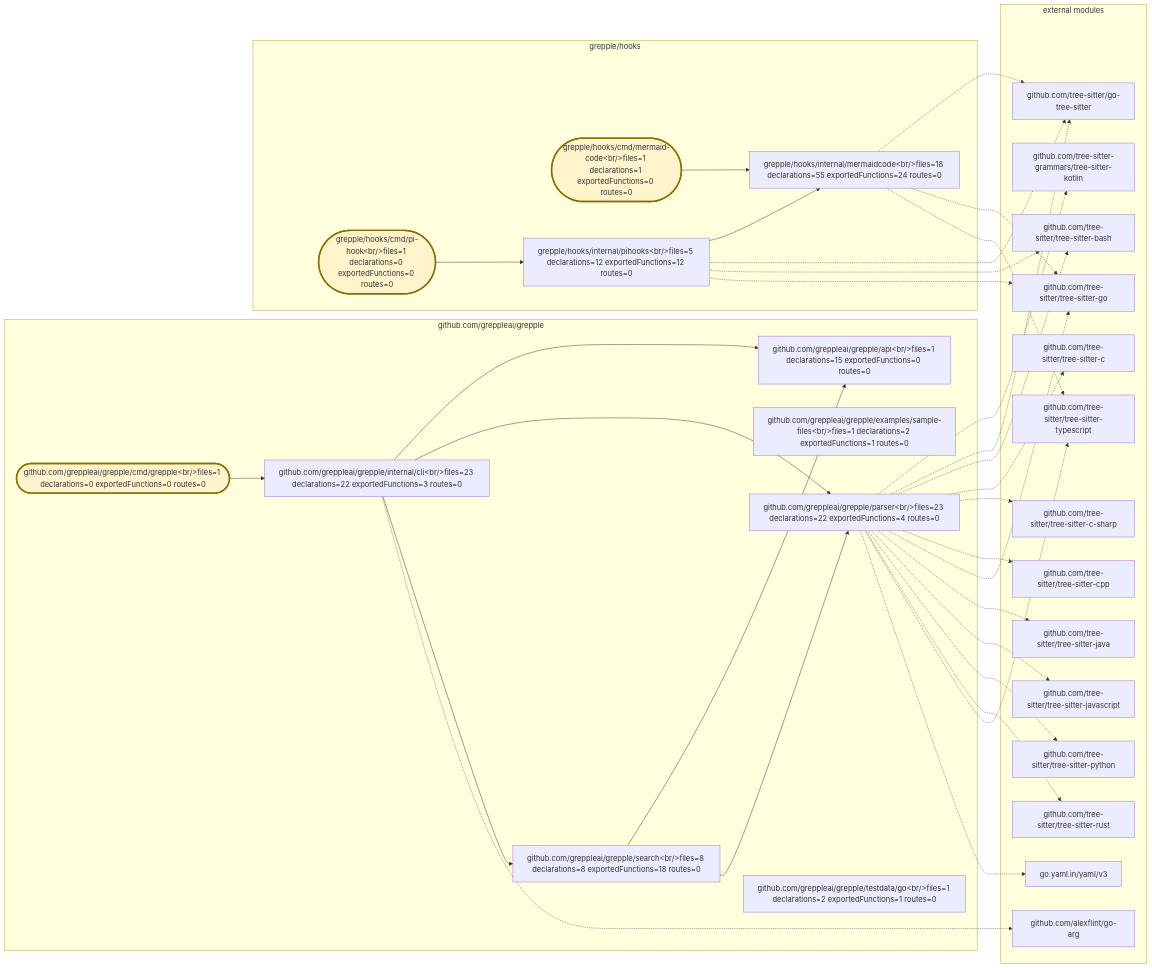
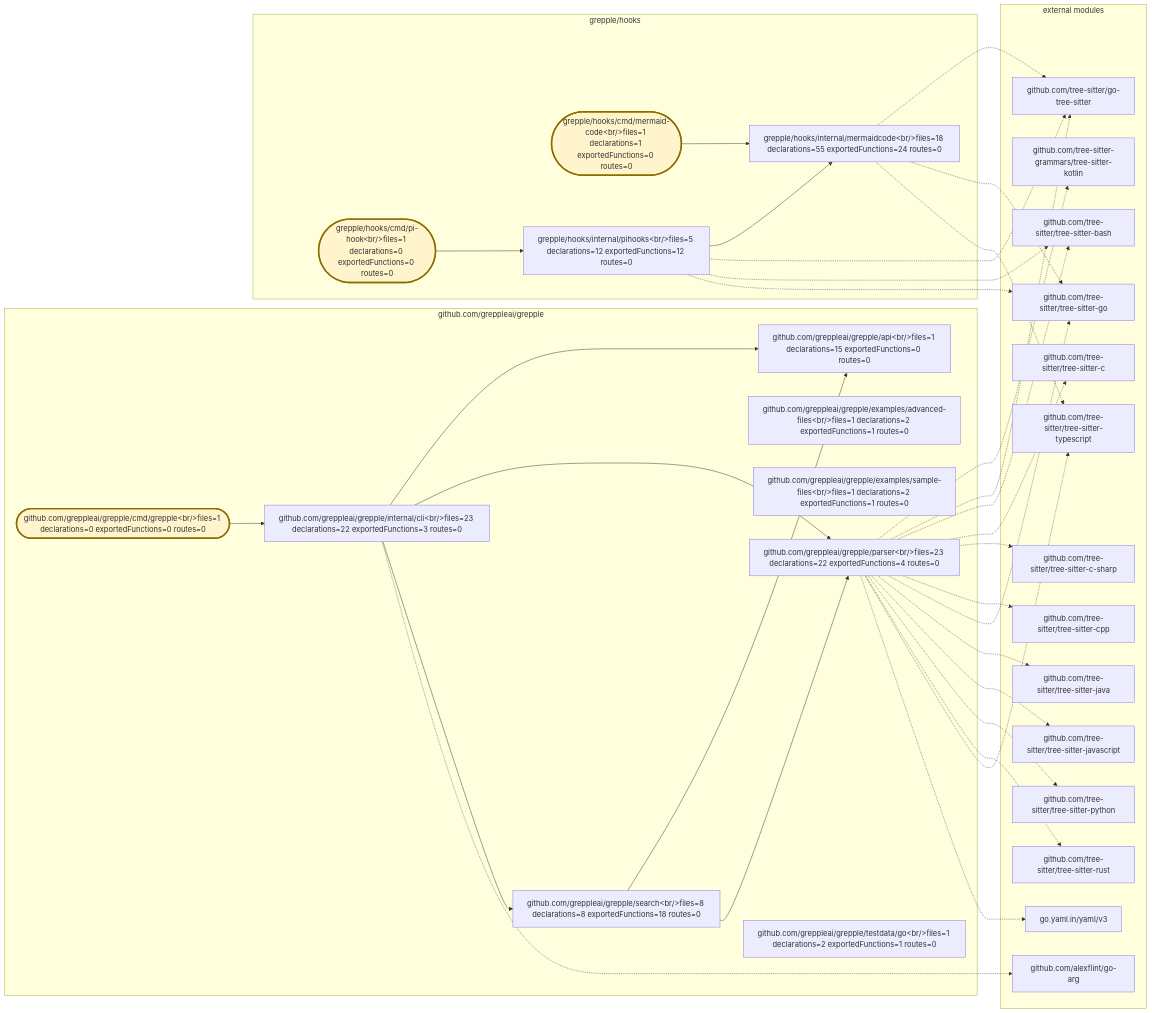
The diagram in .grepple/project.workspace/overview.mmd (greppleai/grepple), drawn with Mermaid before and after one commit. The commit also changed 15 other files, not shown here.

Commit message:
test(parser): add advanced language fixtures

```diff
--- a/.grepple/project.workspace/overview.mmd
+++ b/.grepple/project.workspace/overview.mmd
@@ -1,65 +1,66 @@
 flowchart LR
     classDef entrypoint fill:#fff4cc,stroke:#8a6d00,stroke-width:3px
     subgraph module_0["github.com/greppleai/grepple"]
         package_0["github.com/greppleai/grepple/api&lt;br/&gt;files=1 declarations=15 exportedFunctions=0 routes=0"]
         package_1(["github.com/greppleai/grepple/cmd/grepple&lt;br/&gt;files=1 declarations=0 exportedFunctions=0 routes=0"])
         class package_1 entrypoint
-        package_2["github.com/greppleai/grepple/examples/sample-files&lt;br/&gt;files=1 declarations=2 exportedFunctions=1 routes=0"]
-        package_3["github.com/greppleai/grepple/internal/cli&lt;br/&gt;files=23 declarations=22 exportedFunctions=3 routes=0"]
-        package_4["github.com/greppleai/grepple/parser&lt;br/&gt;files=23 declarations=22 exportedFunctions=4 routes=0"]
-        package_5["github.com/greppleai/grepple/search&lt;br/&gt;files=8 declarations=8 exportedFunctions=18 routes=0"]
-        package_6["github.com/greppleai/grepple/testdata/go&lt;br/&gt;files=1 declarations=2 exportedFunctions=1 routes=0"]
+        package_2["github.com/greppleai/grepple/examples/advanced-files&lt;br/&gt;files=1 declarations=2 exportedFunctions=1 routes=0"]
+        package_3["github.com/greppleai/grepple/examples/sample-files&lt;br/&gt;files=1 declarations=2 exportedFunctions=1 routes=0"]
+        package_4["github.com/greppleai/grepple/internal/cli&lt;br/&gt;files=23 declarations=22 exportedFunctions=3 routes=0"]
+        package_5["github.com/greppleai/grepple/parser&lt;br/&gt;files=23 declarations=22 exportedFunctions=4 routes=0"]
+        package_6["github.com/greppleai/grepple/search&lt;br/&gt;files=8 declarations=8 exportedFunctions=18 routes=0"]
+        package_7["github.com/greppleai/grepple/testdata/go&lt;br/&gt;files=1 declarations=2 exportedFunctions=1 routes=0"]
     end
     subgraph module_1["grepple/hooks"]
-        package_7(["grepple/hooks/cmd/mermaid-code&lt;br/&gt;files=1 declarations=1 exportedFunctions=0 routes=0"])
-        class package_7 entrypoint
-        package_8(["grepple/hooks/cmd/pi-hook&lt;br/&gt;files=1 declarations=0 exportedFunctions=0 routes=0"])
+        package_8(["grepple/hooks/cmd/mermaid-code&lt;br/&gt;files=1 declarations=1 exportedFunctions=0 routes=0"])
         class package_8 entrypoint
-        package_9["grepple/hooks/internal/mermaidcode&lt;br/&gt;files=18 declarations=55 exportedFunctions=24 routes=0"]
-        package_10["grepple/hooks/internal/pihooks&lt;br/&gt;files=5 declarations=12 exportedFunctions=12 routes=0"]
+        package_9(["grepple/hooks/cmd/pi-hook&lt;br/&gt;files=1 declarations=0 exportedFunctions=0 routes=0"])
+        class package_9 entrypoint
+        package_10["grepple/hooks/internal/mermaidcode&lt;br/&gt;files=18 declarations=55 exportedFunctions=24 routes=0"]
+        package_11["grepple/hooks/internal/pihooks&lt;br/&gt;files=5 declarations=12 exportedFunctions=12 routes=0"]
     end
-    package_1 --> package_3
-    package_3 --> package_0
-    package_3 --> package_4
-    package_3 --> package_5
-    package_5 --> package_0
-    package_5 --> package_4
-    package_7 --> package_9
+    package_1 --> package_4
+    package_4 --> package_0
+    package_4 --> package_5
+    package_4 --> package_6
+    package_6 --> package_0
+    package_6 --> package_5
     package_8 --> package_10
-    package_10 --> package_9
+    package_9 --> package_11
+    package_11 --> package_10
     subgraph external_dependencies["external modules"]
         external_0["github.com/alexflint/go-arg"]
         external_1["github.com/tree-sitter-grammars/tree-sitter-kotlin"]
         external_2["github.com/tree-sitter/go-tree-sitter"]
         external_3["github.com/tree-sitter/tree-sitter-bash"]
         external_4["github.com/tree-sitter/tree-sitter-c"]
         external_5["github.com/tree-sitter/tree-sitter-c-sharp"]
         external_6["github.com/tree-sitter/tree-sitter-cpp"]
         external_7["github.com/tree-sitter/tree-sitter-go"]
         external_8["github.com/tree-sitter/tree-sitter-java"]
         external_9["github.com/tree-sitter/tree-sitter-javascript"]
         external_10["github.com/tree-sitter/tree-sitter-python"]
         external_11["github.com/tree-sitter/tree-sitter-rust"]
         external_12["github.com/tree-sitter/tree-sitter-typescript"]
         external_13["go.yaml.in/yaml/v3"]
     end
-    package_3 -.-> external_0
-    package_4 -.-> external_1
-    package_4 -.-> external_2
-    package_9 -.-> external_2
+    package_4 -.-> external_0
+    package_5 -.-> external_1
+    package_5 -.-> external_2
     package_10 -.-> external_2
-    package_4 -.-> external_3
-    package_10 -.-> external_3
-    package_4 -.-> external_4
-    package_4 -.-> external_5
-    package_4 -.-> external_6
-    package_4 -.-> external_7
-    package_9 -.-> external_7
+    package_11 -.-> external_2
+    package_5 -.-> external_3
+    package_11 -.-> external_3
+    package_5 -.-> external_4
+    package_5 -.-> external_5
+    package_5 -.-> external_6
+    package_5 -.-> external_7
     package_10 -.-> external_7
-    package_4 -.-> external_8
-    package_4 -.-> external_9
-    package_4 -.-> external_10
-    package_4 -.-> external_11
-    package_4 -.-> external_12
-    package_9 -.-> external_12
-    package_4 -.-> external_13
+    package_11 -.-> external_7
+    package_5 -.-> external_8
+    package_5 -.-> external_9
+    package_5 -.-> external_10
+    package_5 -.-> external_11
+    package_5 -.-> external_12
+    package_10 -.-> external_12
+    package_5 -.-> external_13
```
